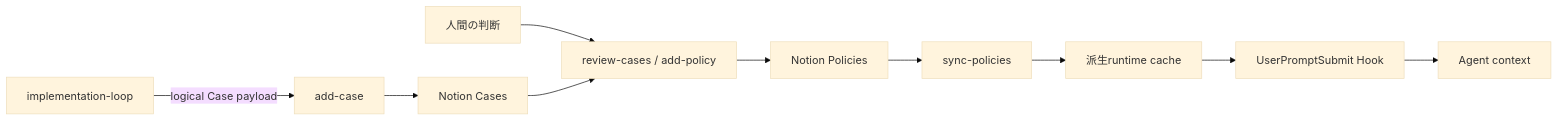
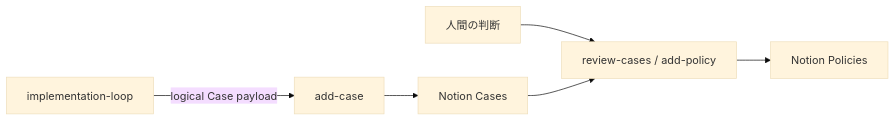
The third of 3 diagrams in agent-development-workflow.md (hnishim/harness), drawn with Mermaid (base theme) before and after one commit. The commit also changed other lines of this file and 6 other files, not shown here.

````diff
--- a/agent-development-workflow.md
+++ b/agent-development-workflow.md
@@ -419,12 +419,8 @@
 ```mermaid
 flowchart LR
     WF[implementation-loop] -->|logical Case payload| AC[add-case]
     AC --> C[Notion Cases]
     H[人間の判断] --> RC[review-cases / add-policy]
     C --> RC
     RC --> P[Notion Policies]
-    P --> SY[sync-policies]
-    SY --> CA[派生runtime cache]
-    CA --> HK[UserPromptSubmit Hook]
-    HK --> CX[Agent context]
 ```
````
